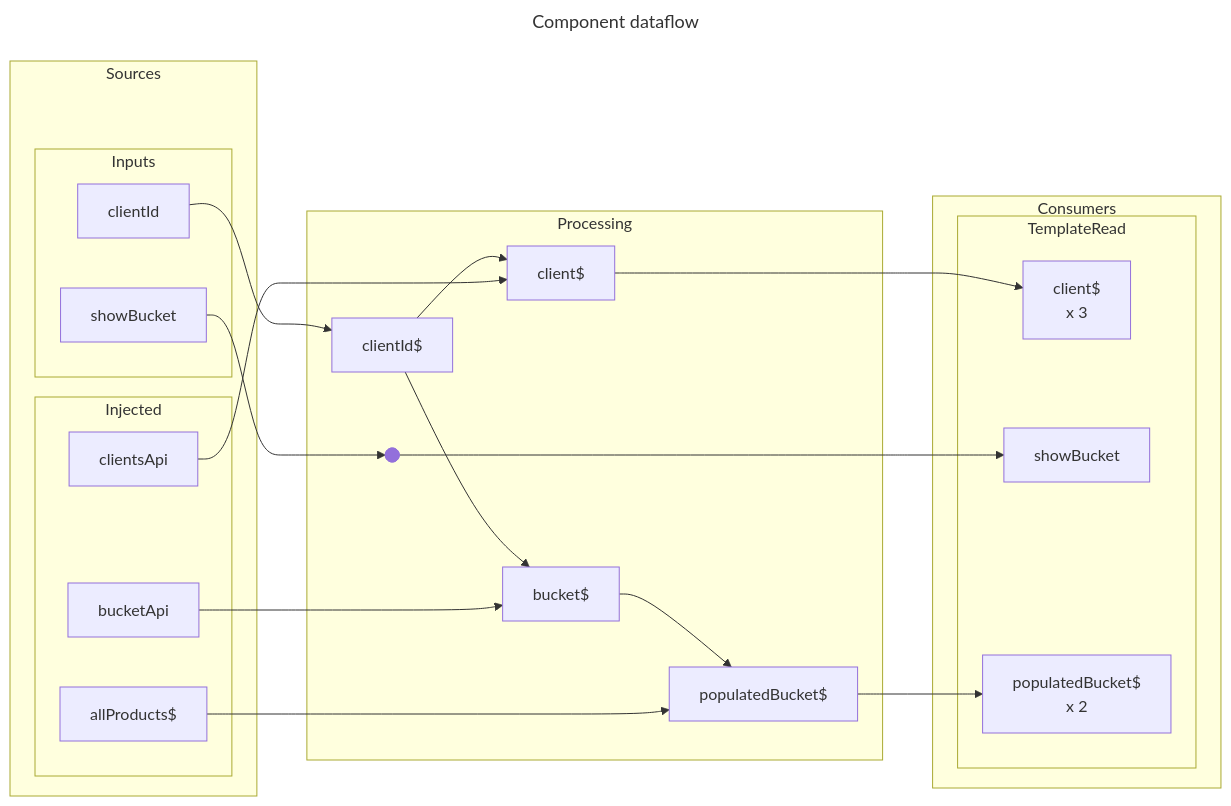
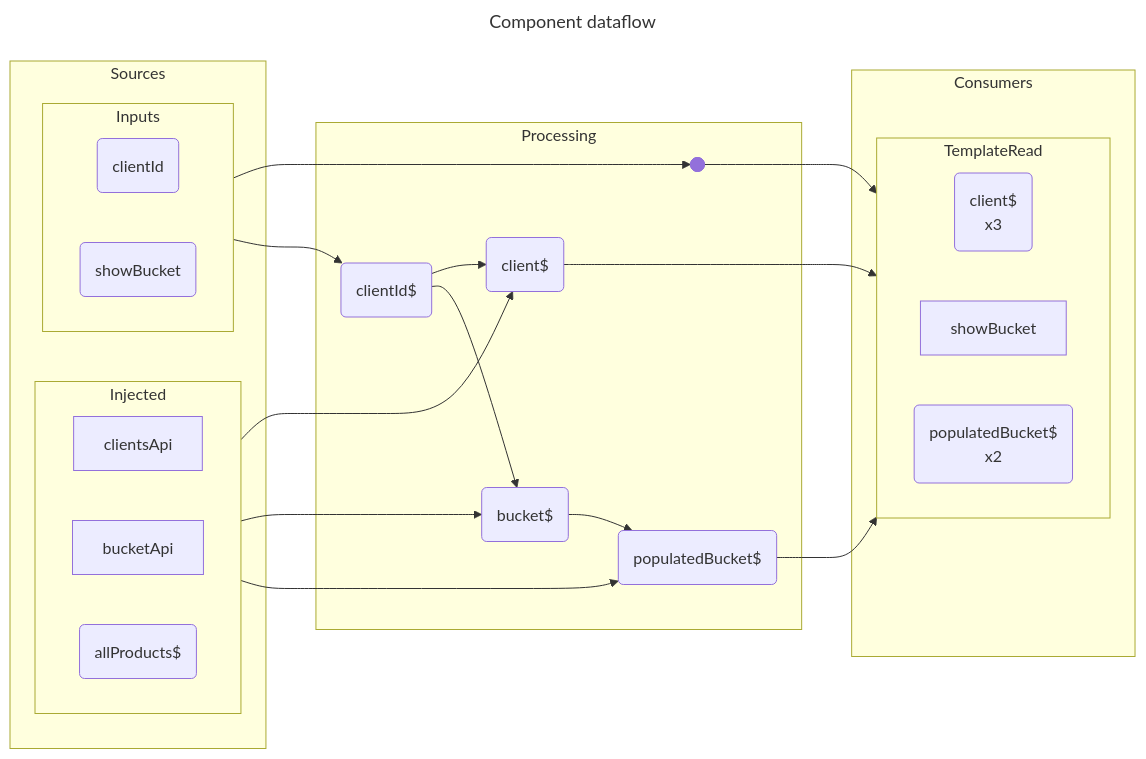
The first of 2 diagrams in src/app/components/wip/stateful-observable/stateful-observable.component.dataflow.md (earthdmitriy/rx-evo), drawn with Mermaid before and after one commit. The commit also changed other lines of this file and 39 other files, not shown here.

Commit message:
updated dataflow diagrams

````diff
--- a/src/app/components/wip/stateful-observable/stateful-observable.component.dataflow.md
+++ b/src/app/components/wip/stateful-observable/stateful-observable.component.dataflow.md
@@ -3,71 +3,74 @@
 ```mermaid
 ---
 title: Component dataflow
 ---
 graph LR
     subgraph Sources
         subgraph Injected
+            direction LR
             Source_clientsApi["
                 clientsApi
             "]
             Source_bucketApi["
                 bucketApi
             "]
-            Source_allProducts$["
+            Source_allProducts$("
                 allProducts$
-            "]
+            ")
         end
         subgraph Inputs
-            Source_clientId["
+            direction LR
+            Source_clientId("
                 clientId
-            "]
-            Source_showBucket["
+            ")
+            Source_showBucket("
                 showBucket
-            "]
+            ")
         end
     end
     subgraph Processing
-        Processing_clientId$["
+        Processing_clientId$("
             clientId$
-        "]
-        Processing_client$["
+        ")
+        Processing_client$("
             client$
-        "]
-        Processing_bucket$["
+        ")
+        Processing_bucket$("
             bucket$
-        "]
-        Processing_populatedBucket$["
+        ")
+        Processing_populatedBucket$("
             populatedBucket$
-        "]
+        ")
         Processing_showBucket@{ shape: f-circ, label: "Junction" }
     end
     subgraph Consumers
         subgraph TemplateRead
-            Consumer_client$["
+            direction LR
+            Consumer_client$("
                 client$
-x            3
-            "]
+                x3
+            ")
             Consumer_showBucket["
                 showBucket
             "]
-            Consumer_populatedBucket$["
+            Consumer_populatedBucket$("
                 populatedBucket$
-x            2
-            "]
+                x2
+            ")
         end
     end
     Sources ~~~ Processing
     Processing ~~~ Consumers
     Source_showBucket --> Processing_showBucket
     Source_clientId --> Processing_clientId$
     Processing_clientId$ --> Processing_client$
     Source_clientsApi --> Processing_client$
     Processing_clientId$ --> Processing_bucket$
     Source_bucketApi --> Processing_bucket$
     Processing_bucket$ --> Processing_populatedBucket$
     Source_allProducts$ --> Processing_populatedBucket$
     Processing_showBucket --> Consumer_showBucket
     Processing_client$ --> Consumer_client$
     Processing_populatedBucket$ --> Consumer_populatedBucket$
 
 ```
````
